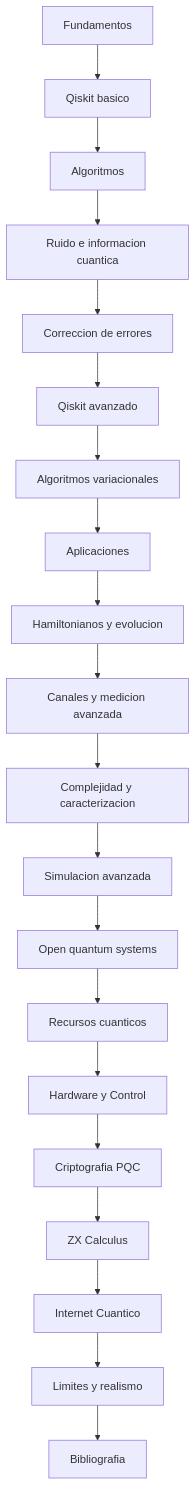
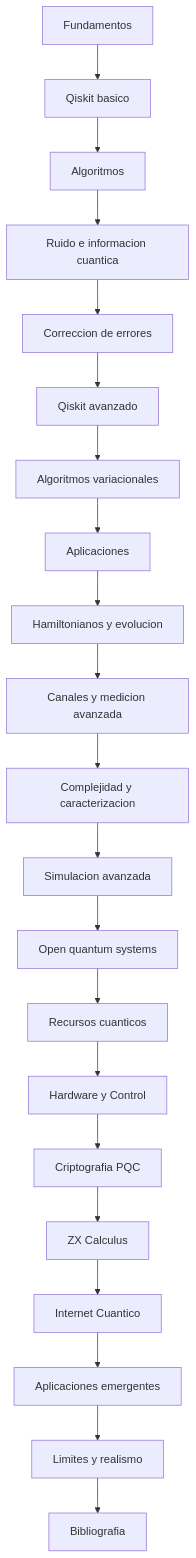
The diagram in Tutorial/indice_general.md (LegalIntermediaSL/ComputacionCuantica), drawn with Mermaid before and after one commit. The commit also changed other lines of this file and 60 other files, not shown here.

````diff
--- a/Tutorial/indice_general.md
+++ b/Tutorial/indice_general.md
@@ -7,22 +7,23 @@
 ```mermaid
 flowchart TD
     A["Fundamentos"] --> B["Qiskit basico"]
     B --> C["Algoritmos"]
     C --> D["Ruido e informacion cuantica"]
     D --> E["Correccion de errores"]
     E --> F["Qiskit avanzado"]
     F --> G["Algoritmos variacionales"]
     G --> H["Aplicaciones"]
     H --> I["Hamiltonianos y evolucion"]
     I --> J["Canales y medicion avanzada"]
     J --> K["Complejidad y caracterizacion"]
     K --> L["Simulacion avanzada"]
     L --> M["Open quantum systems"]
     M --> N["Recursos cuanticos"]
     N --> O["Hardware y Control"]
     O --> P["Criptografia PQC"]
     P --> Q["ZX Calculus"]
     Q --> R["Internet Cuantico"]
-    R --> S["Limites y realismo"]
-    S --> T["Bibliografia"]
+    R --> S["Aplicaciones emergentes"]
+    S --> T["Limites y realismo"]
+    T --> U["Bibliografia"]
 ```
````
